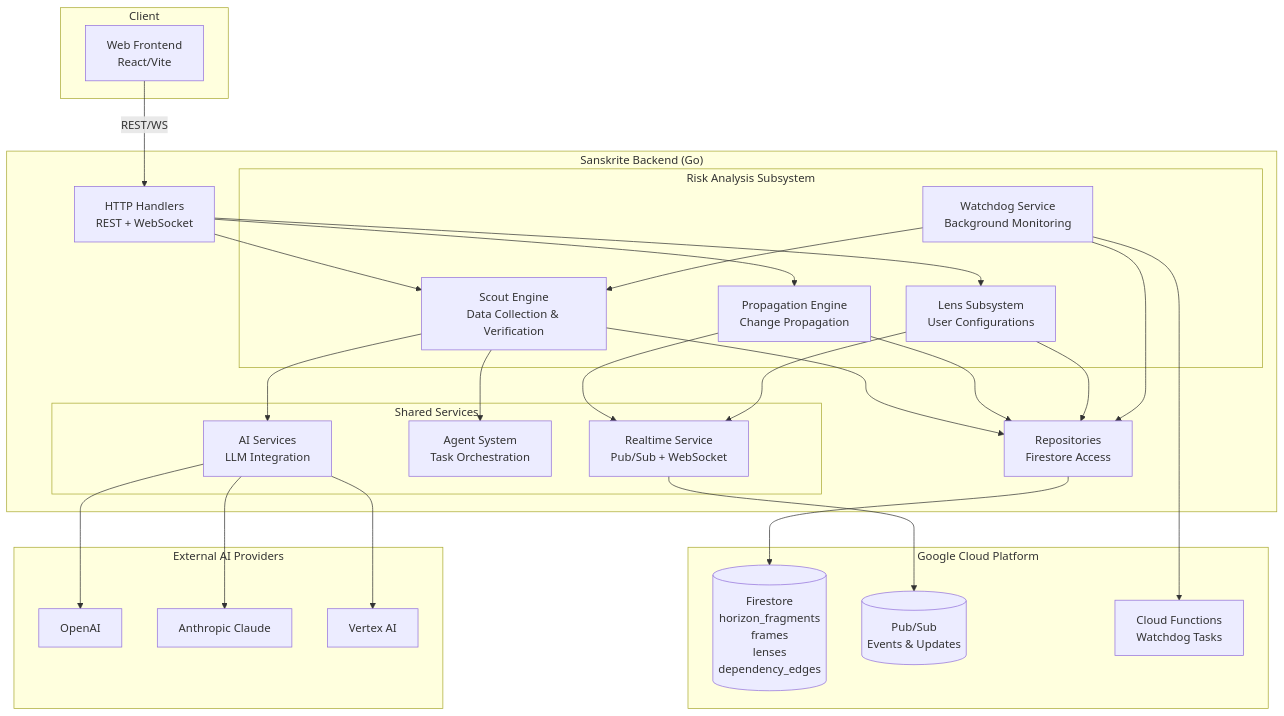
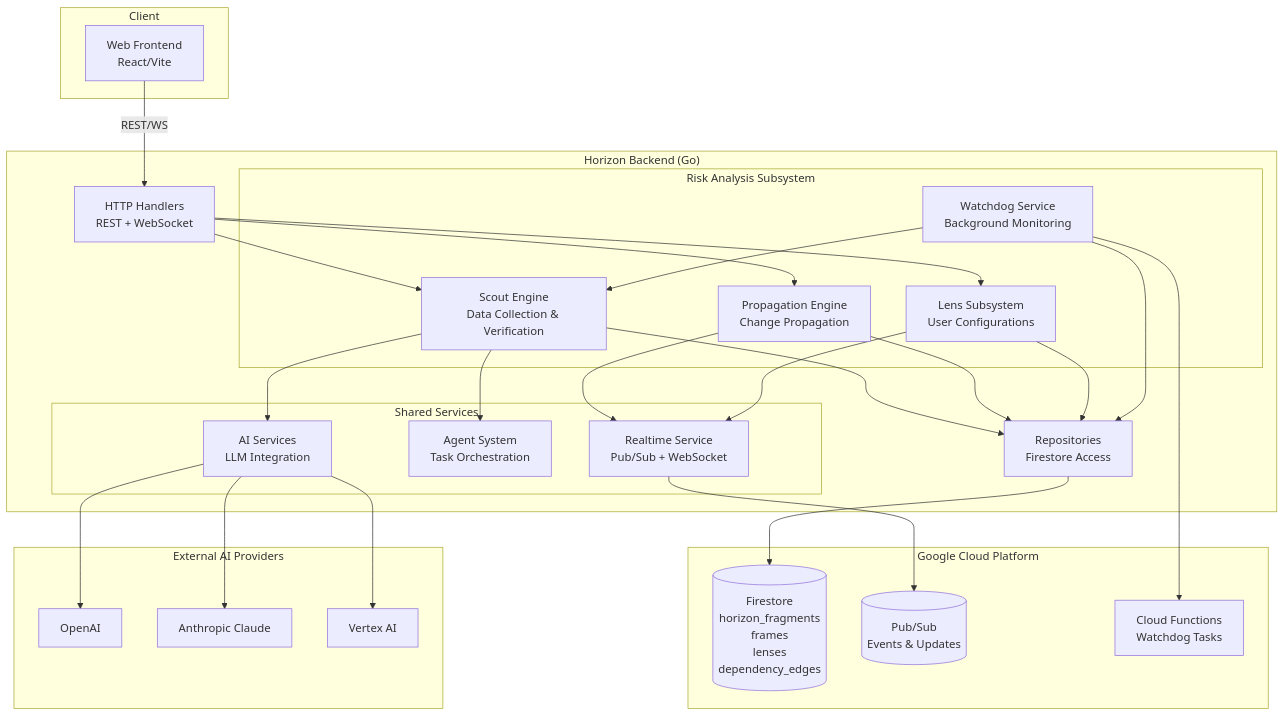
The diagram in docs/horizon/architecture/overview.md (kirisyuk/sanskrite), drawn with Mermaid before and after one commit. The commit also changed other lines of this file and 31 other files, not shown here.

````diff
--- a/docs/horizon/architecture/overview.md
+++ b/docs/horizon/architecture/overview.md
@@ -27,63 +27,63 @@
 ```mermaid
 graph TB
     subgraph Client
         FE[Web Frontend<br/>React/Vite]
     end
 
-    subgraph SanskriteBackend["Sanskrite Backend (Go)"]
+    subgraph HorizonBackend["Horizon Backend (Go)"]
         HTTP[HTTP Handlers<br/>REST + WebSocket]
         
         subgraph RiskAnalysis["Risk Analysis Subsystem"]
             Scout[Scout Engine<br/>Data Collection & Verification]
             Propagation[Propagation Engine<br/>Change Propagation]
             LensSubsystem[Lens Subsystem<br/>User Configurations]
             Watchdog[Watchdog Service<br/>Background Monitoring]
         end
         
         subgraph SharedServices["Shared Services"]
             AI[AI Services<br/>LLM Integration]
             Agents[Agent System<br/>Task Orchestration]
             Realtime[Realtime Service<br/>Pub/Sub + WebSocket]
         end
         
         REPO[Repositories<br/>Firestore Access]
     end
 
     subgraph GCP["Google Cloud Platform"]
         FS[(Firestore<br/>horizon_fragments<br/>frames<br/>lenses<br/>dependency_edges)]
         PS[(Pub/Sub<br/>Events & Updates)]
         CF[Cloud Functions<br/>Watchdog Tasks]
     end
 
     subgraph ExternalAI["External AI Providers"]
         OAI[OpenAI]
         CLAUDE[Anthropic Claude]
         VTX[Vertex AI]
     end
 
     FE -->|REST/WS| HTTP
     HTTP --> Scout
     HTTP --> LensSubsystem
     HTTP --> Propagation
     
     Scout --> AI
     Scout --> Agents
     Scout --> REPO
     
     Propagation --> REPO
     Propagation --> Realtime
     
     LensSubsystem --> REPO
     LensSubsystem --> Realtime
     
     Watchdog --> Scout
     Watchdog --> REPO
     
     REPO --> FS
     Realtime --> PS
     Watchdog --> CF
     
     AI --> OAI
     AI --> CLAUDE
     AI --> VTX
 ```
````
